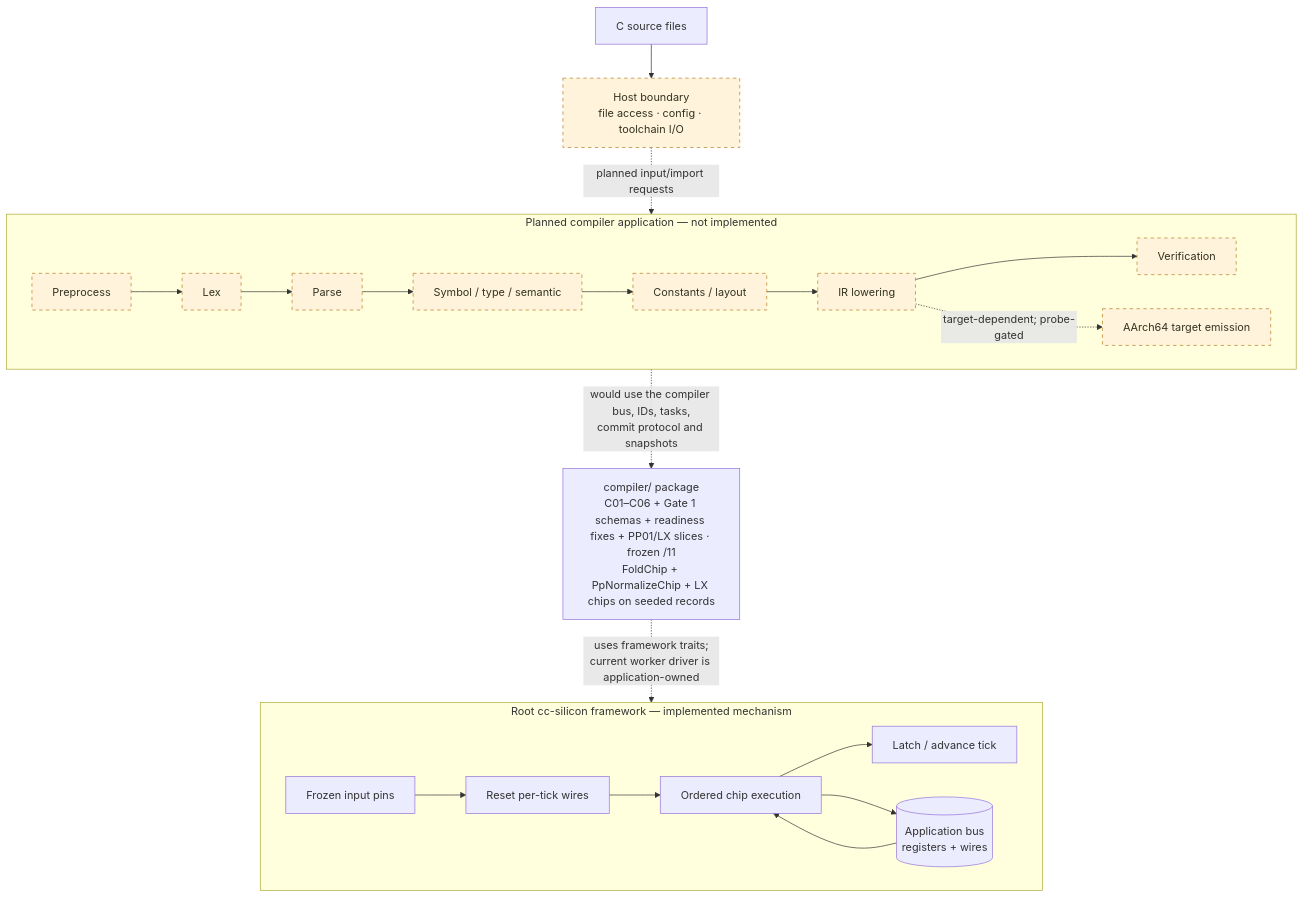
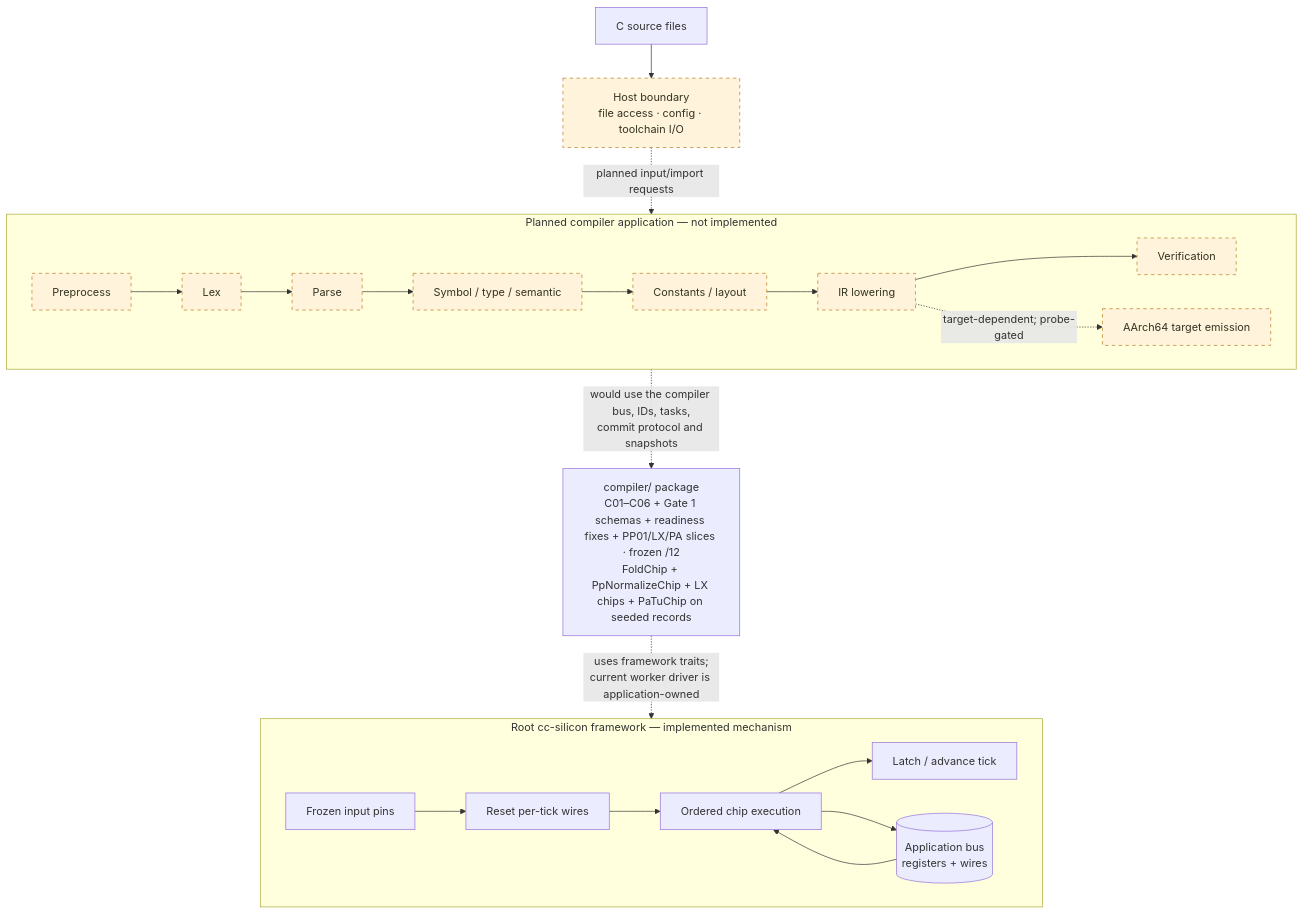
Before and after one commit to immane/cc-silicon: the first of 2 diagrams in README.md, drawn with Mermaid. The commit also changed other lines of this file and 21 other files, not shown here.

````diff
--- a/README.md
+++ b/README.md
@@ -130,28 +130,28 @@
 ```mermaid
 flowchart TB
     SRC["C source files"] --> HOST["Host boundary<br/>file access · config · toolchain I/O"]
     HOST -. "planned input/import requests" .-> PIPE
 
     subgraph PIPE["Planned compiler application — not implemented"]
         direction LR
         PP["Preprocess"] --> LEX["Lex"] --> PARSE["Parse"] --> SEM["Symbol / type / semantic"]
         SEM --> CONST["Constants / layout"] --> IR["IR lowering"] --> VERIFY["Verification"]
         IR -. "target-dependent; probe-gated" .-> TARGET["AArch64 target emission"]
     end
 
-    FOUNDATION["compiler/ package<br/>C01–C06 + Gate 1 schemas + readiness fixes + PP01/LX slices · frozen /11<br/>FoldChip + PpNormalizeChip + LX chips on seeded records"]
+    FOUNDATION["compiler/ package<br/>C01–C06 + Gate 1 schemas + readiness fixes + PP01/LX/PA slices · frozen /12<br/>FoldChip + PpNormalizeChip + LX chips + PaTuChip on seeded records"]
     PIPE -. "would use the compiler bus, IDs, tasks,<br/>commit protocol and snapshots" .-> FOUNDATION
 
     subgraph RUNTIME["Root cc-silicon framework — implemented mechanism"]
         direction LR
         PINS["Frozen input pins"] --> RESET["Reset per-tick wires"] --> CHIPS["Ordered chip execution"]
         CHIPS --> LATCH["Latch / advance tick"]
         BUS[("Application bus<br/>registers + wires")]
         BUS --> CHIPS
         CHIPS --> BUS
     end
     FOUNDATION -. "uses framework traits;<br/>current worker driver is application-owned" .-> RUNTIME
 
     classDef planned fill:#fff4db,stroke:#b7791f,stroke-dasharray:5 5,color:#332;
     class PP,LEX,PARSE,SEM,CONST,IR,VERIFY,TARGET,HOST planned;
 ```
````
